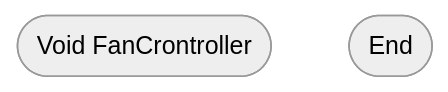
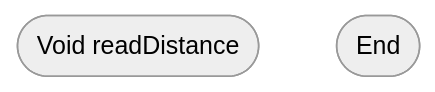
One commit to TheDjgamerProductions/Robotics2022 changed the eighth of 8 diagrams in Assessments/Assessment_2_Smart_Device_House/Logic.md. Above: the diagram before and after it, drawn with Mermaid (neutral theme). The commit also changed other lines of this file, not shown here.

````diff
--- a/Assessments/Assessment_2_Smart_Device_House/Logic.md
+++ b/Assessments/Assessment_2_Smart_Device_House/Logic.md
@@ -102,5 +122,5 @@
 ```mermaid
   flowchart TD
-    terminalStart([Void FanCrontroller])
+    terminalStart([Void readDistance])
     terminalEnd([End])
 ```
````
